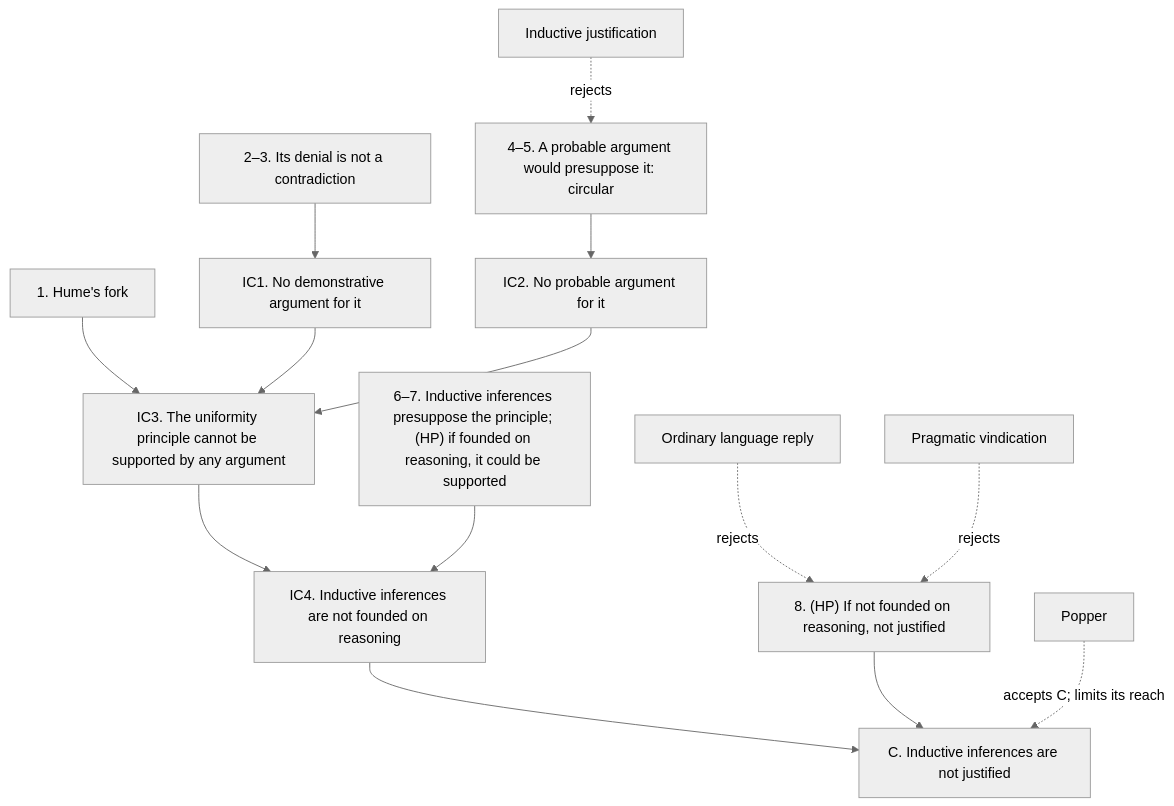
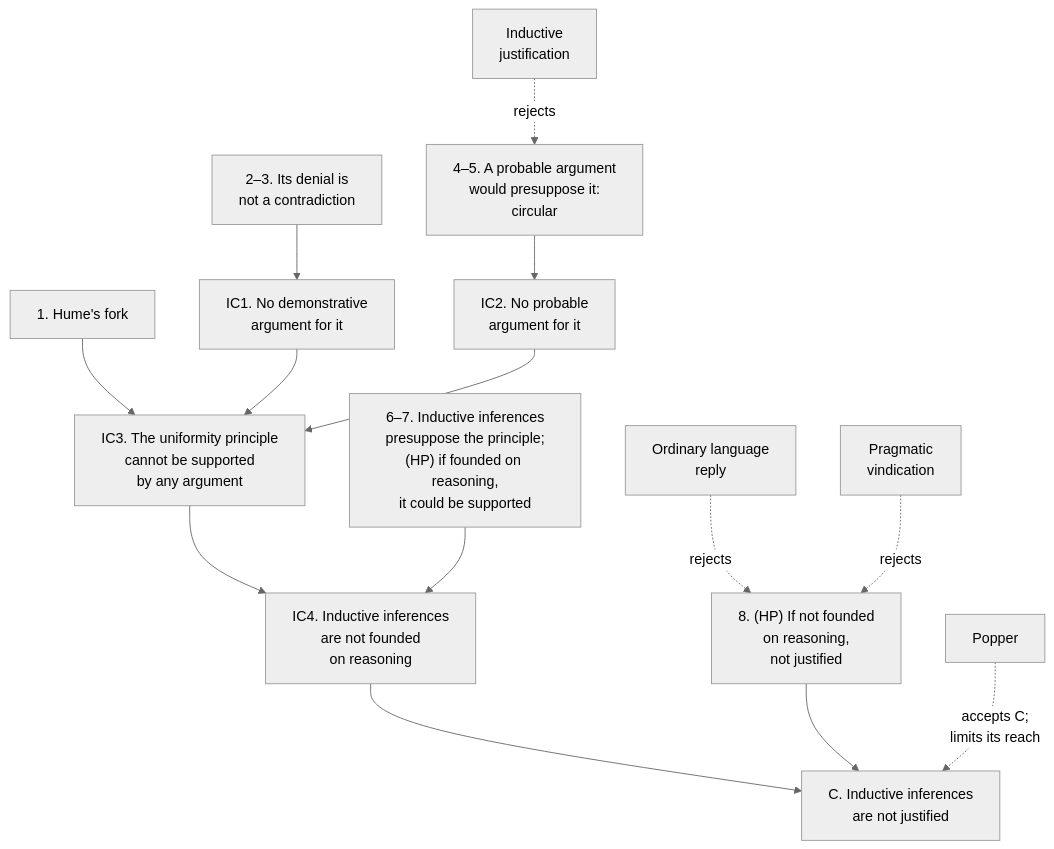
Before and after one commit to jbeynonedu/pr-explorer: the diagram in content/induction/problem-of-induction.md, drawn with Mermaid (neutral theme). The commit also changed 4 other files, not shown here.

````diff
--- a/content/induction/problem-of-induction.md
+++ b/content/induction/problem-of-induction.md
@@ -135,16 +135,16 @@
 ```mermaid
 flowchart TD
-  F["1. Hume's fork"] --> IC3["IC3. The uniformity principle cannot be supported by any argument"]
-  P23["2–3. Its denial is not a contradiction"] --> IC1["IC1. No demonstrative argument for it"]
-  P45["4–5. A probable argument would presuppose it: circular"] --> IC2["IC2. No probable argument for it"]
+  F["1. Hume's fork"] --> IC3["IC3. The uniformity principle<br/>cannot be supported<br/>by any argument"]
+  P23["2–3. Its denial is<br/>not a contradiction"] --> IC1["IC1. No demonstrative<br/>argument for it"]
+  P45["4–5. A probable argument<br/>would presuppose it:<br/>circular"] --> IC2["IC2. No probable<br/>argument for it"]
   IC1 --> IC3
   IC2 --> IC3
-  IC3 --> IC4["IC4. Inductive inferences are not founded on reasoning"]
-  P67["6–7. Inductive inferences presuppose the principle; (HP) if founded on reasoning, it could be supported"] --> IC4
-  IC4 --> C["C. Inductive inferences are not justified"]
-  P8["8. (HP) If not founded on reasoning, not justified"] --> C
-  IJ["Inductive justification"] -.->|rejects| P45
-  OL["Ordinary language reply"] -.->|rejects| P8
-  PV["Pragmatic vindication"] -.->|rejects| P8
-  PO["Popper"] -.->|accepts C; limits its reach| C
+  IC3 --> IC4["IC4. Inductive inferences<br/>are not founded<br/>on reasoning"]
+  P67["6–7. Inductive inferences<br/>presuppose the principle;<br/>(HP) if founded on reasoning,<br/>it could be supported"] --> IC4
+  IC4 --> C["C. Inductive inferences<br/>are not justified"]
+  P8["8. (HP) If not founded<br/>on reasoning,<br/>not justified"] --> C
+  IJ["Inductive<br/>justification"] -.->|rejects| P45
+  OL["Ordinary language<br/>reply"] -.->|rejects| P8
+  PV["Pragmatic<br/>vindication"] -.->|rejects| P8
+  PO["Popper"] -.->|accepts C;<br/>limits its reach| C
 ```
````
